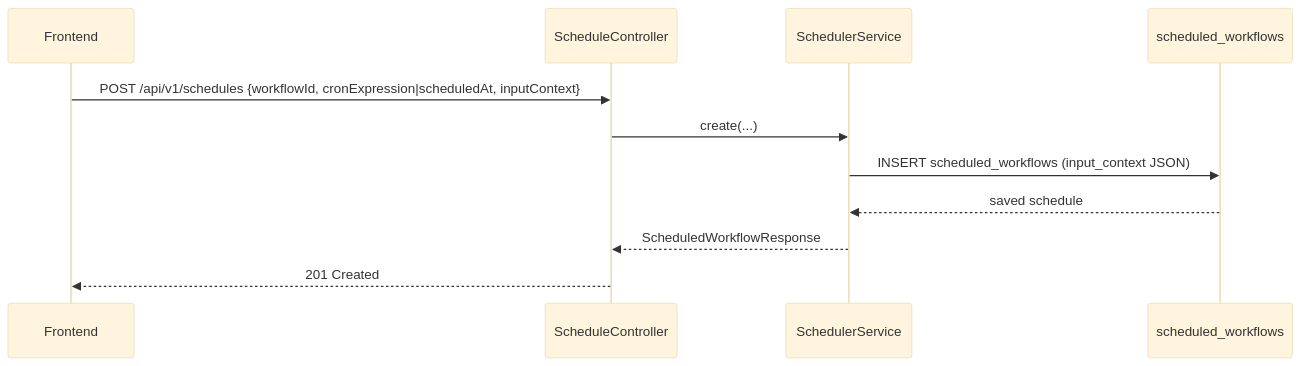
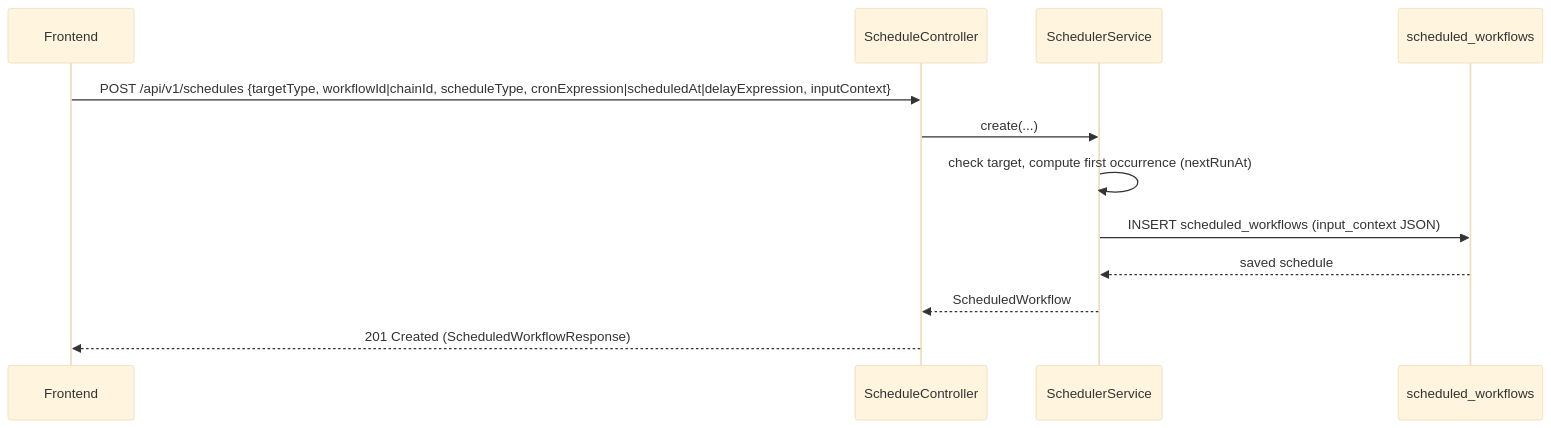
Before and after one commit to FLSEST/MySuricates: the second of 3 diagrams in docs/en/scheduler-diagrams.md, drawn with Mermaid (base theme). The commit also changed other lines of this file and 5 other files, not shown here.

First line of the commit message:
docs(diagramme): Scheduler page describes SchedulerTick, DELAYED, conflict and catch-up

````diff
--- a/docs/en/scheduler-diagrams.md
+++ b/docs/en/scheduler-diagrams.md
@@ -31,14 +36,15 @@
 ```mermaid
 sequenceDiagram
     participant UI as Frontend
     participant CTR as ScheduleController
     participant SVC as SchedulerService
     participant DB as scheduled_workflows
 
-    UI->>CTR: POST /api/v1/schedules {workflowId, cronExpression|scheduledAt, inputContext}
+    UI->>CTR: POST /api/v1/schedules {targetType, workflowId|chainId, scheduleType, cronExpression|scheduledAt|delayExpression, inputContext}
     CTR->>SVC: create(...)
+    SVC->>SVC: check target, compute first occurrence (nextRunAt)
     SVC->>DB: INSERT scheduled_workflows (input_context JSON)
     DB-->>SVC: saved schedule
-    SVC-->>CTR: ScheduledWorkflowResponse
-    CTR-->>UI: 201 Created
+    SVC-->>CTR: ScheduledWorkflow
+    CTR-->>UI: 201 Created (ScheduledWorkflowResponse)
 ```
````
